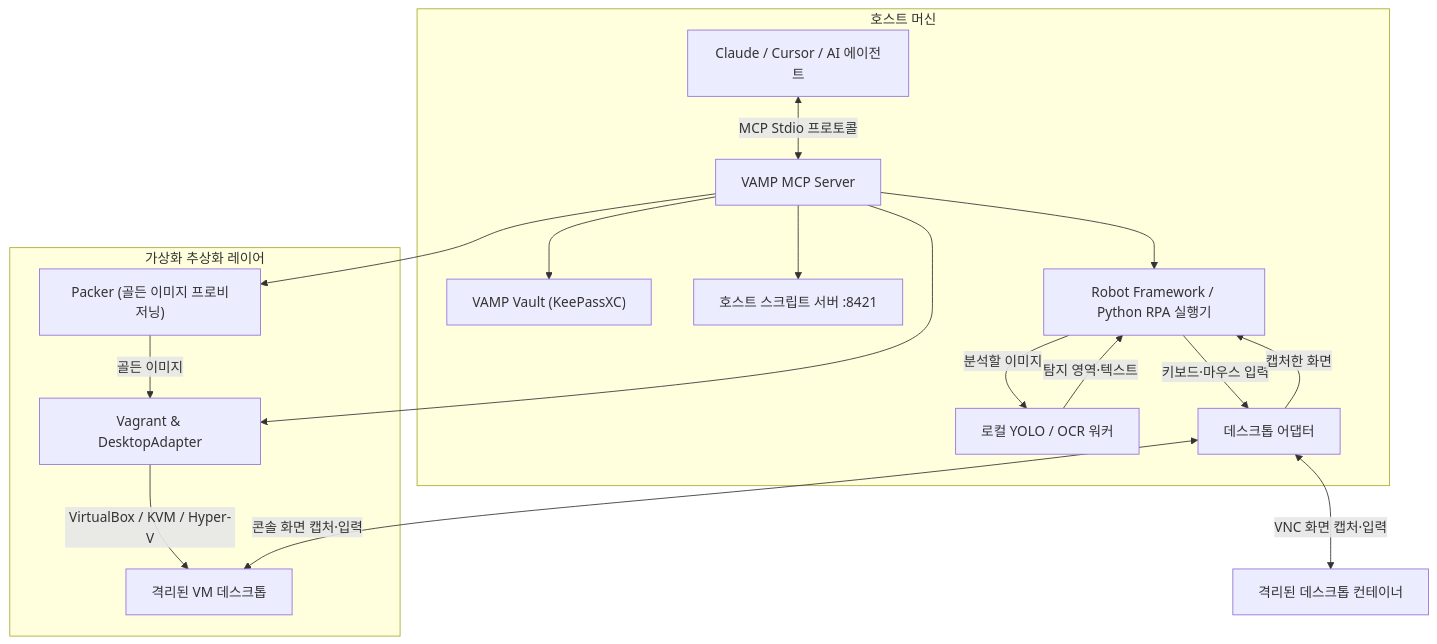
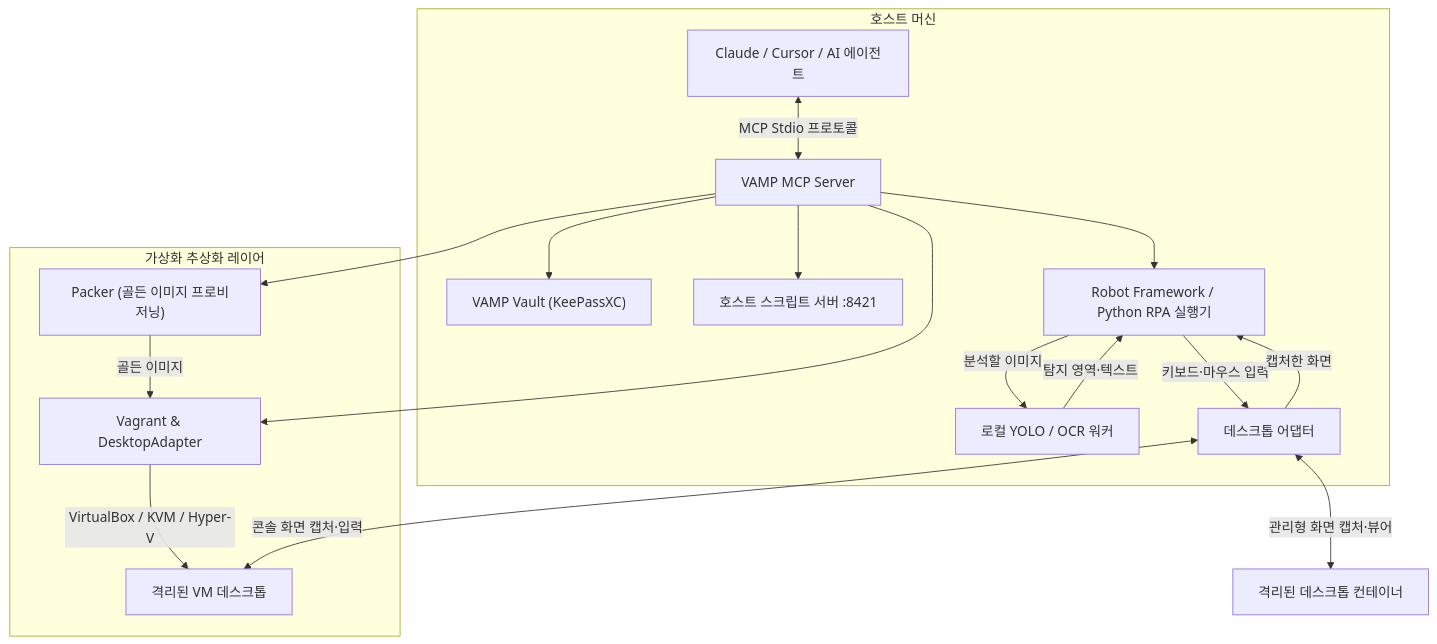
One commit to wayfarer6/vamp-mcp changed the diagram in README.ko.md. Above: the diagram before and after it, drawn with Mermaid. The commit also changed 3 other files, not shown here.

````diff
--- a/README.ko.md
+++ b/README.ko.md
@@ -114,35 +114,35 @@
 ```mermaid
 flowchart TD
     subgraph Host ["호스트 머신"]
         Agent["Claude / Cursor / AI 에이전트"]
         MCP["VAMP MCP Server"]
         Vault["VAMP Vault (KeePassXC)"]
         HTTP["호스트 스크립트 서버 :8421"]
         RPA["Robot Framework / Python RPA 실행기"]
         Vision["로컬 YOLO / OCR 워커"]
         Desktop["데스크톱 어댑터"]
 
         Agent <-->|MCP Stdio 프로토콜| MCP
         MCP --> Vault
         MCP --> HTTP
         MCP --> RPA
         RPA -->|키보드·마우스 입력| Desktop
         Desktop -->|캡처한 화면| RPA
         RPA -->|분석할 이미지| Vision
         Vision -->|탐지 영역·텍스트| RPA
     end
 
     subgraph Infrastructure ["가상화 추상화 레이어"]
         Packer["Packer (골든 이미지 프로비저닝)"]
         Vagrant["Vagrant & DesktopAdapter"]
         MCP --> Packer
         MCP --> Vagrant
         Packer -->|골든 이미지| Vagrant
         Vagrant -->|VirtualBox / KVM / Hyper-V| VM
     end
 
     VM["격리된 VM 데스크톱"]
     Container["격리된 데스크톱 컨테이너"]
     Desktop <-->|콘솔 화면 캡처·입력| VM
-    Desktop <-->|VNC 화면 캡처·입력| Container
+    Desktop <-->|관리형 화면 캡처·뷰어| Container
 ```
````
